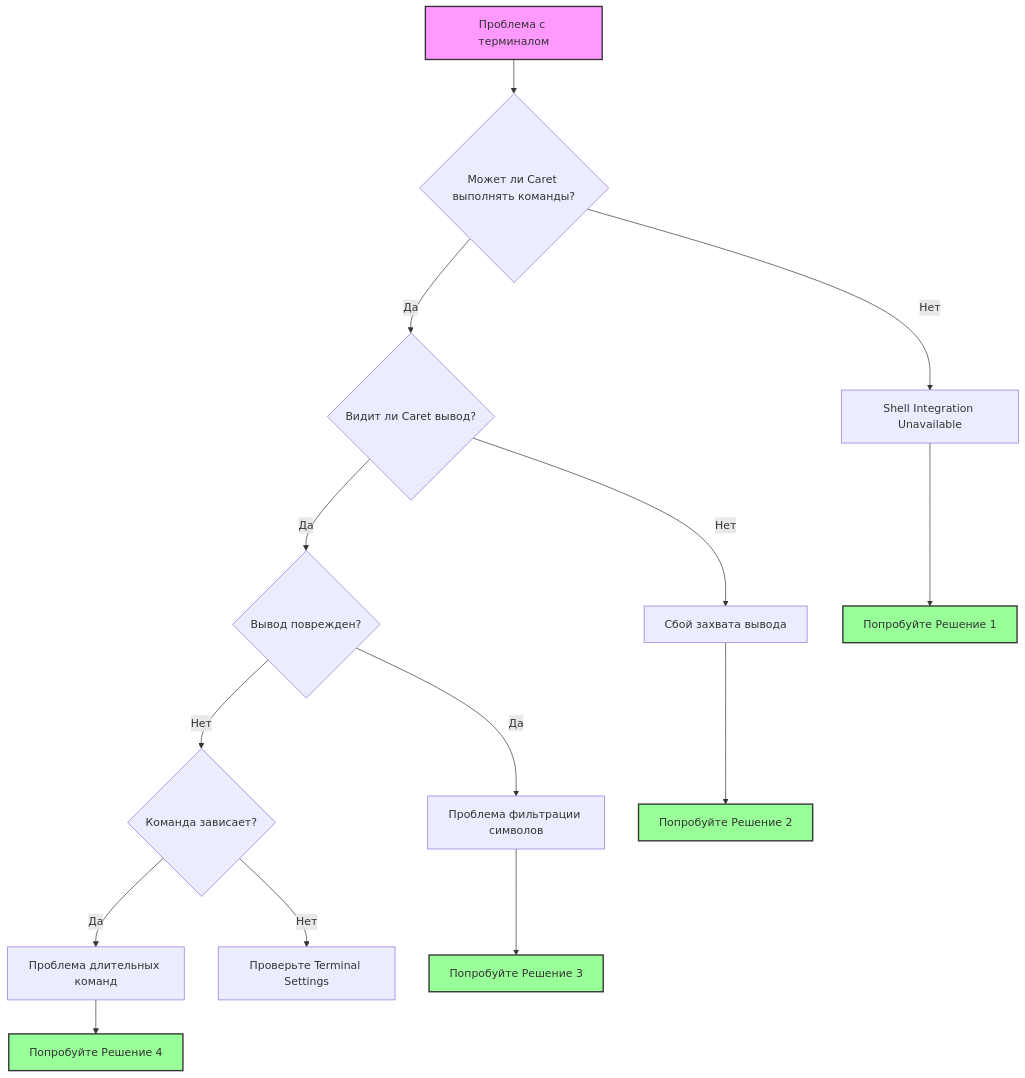
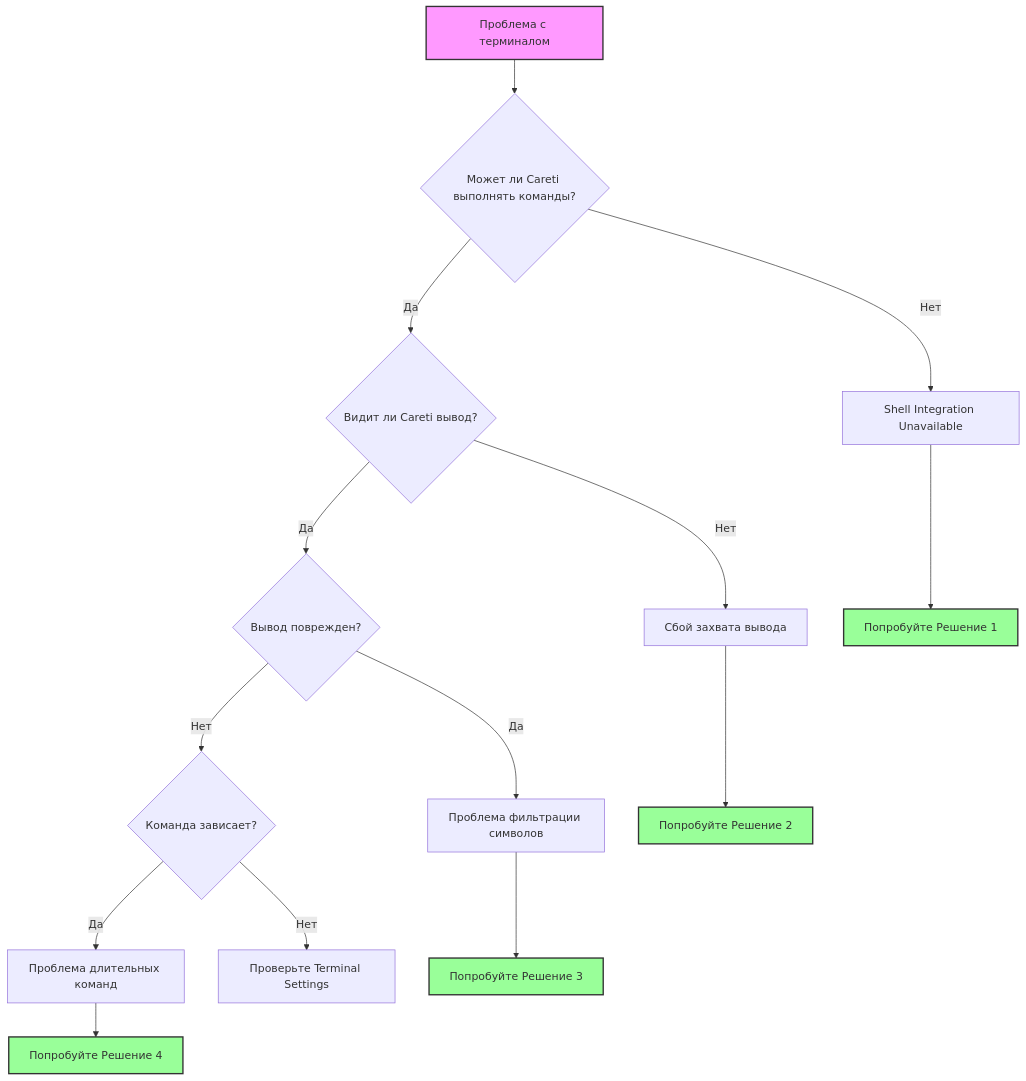
Before and after one commit to aicoding-caret/docs.caret.team: the diagram in docs-ru/troubleshooting/terminal-integration-guide.mdx, drawn with Mermaid. The commit also changed other lines of this file and 777 other files, not shown here.

First line of the commit message:
feat: rebrand Caret → Careti across all documentation

````diff
--- a/docs-ru/troubleshooting/terminal-integration-guide.mdx
+++ b/docs-ru/troubleshooting/terminal-integration-guide.mdx
@@ -20,23 +20,23 @@
 ```mermaid
 graph TD
-    A[Проблема с терминалом] --> B{Может ли Caret выполнять команды?}
+    A[Проблема с терминалом] --> B{Может ли Careti выполнять команды?}
     B -->|Нет| C[Shell Integration Unavailable]
-    B -->|Да| D{Видит ли Caret вывод?}
+    B -->|Да| D{Видит ли Careti вывод?}
     D -->|Нет| E[Сбой захвата вывода]
     D -->|Да| F{Вывод поврежден?}
     F -->|Да| G[Проблема фильтрации символов]
     F -->|Нет| H{Команда зависает?}
     H -->|Да| I[Проблема длительных команд]
     H -->|Нет| J[Проверьте Terminal Settings]
 
     C --> K[Попробуйте Решение 1]
     E --> L[Попробуйте Решение 2]
     G --> M[Попробуйте Решение 3]
     I --> N[Попробуйте Решение 4]
 
     style A fill:#f9f,stroke:#333,stroke-width:2px
     style K fill:#9f9,stroke:#333,stroke-width:2px
     style L fill:#9f9,stroke:#333,stroke-width:2px
     style M fill:#9f9,stroke:#333,stroke-width:2px
     style N fill:#9f9,stroke:#333,stroke-width:2px
 ```
````
